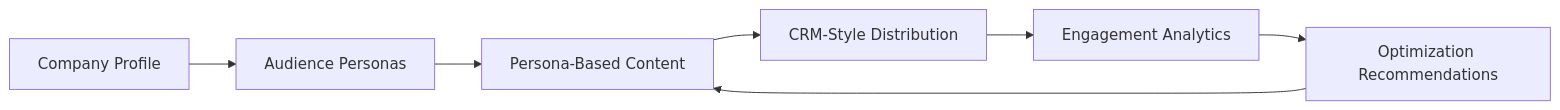
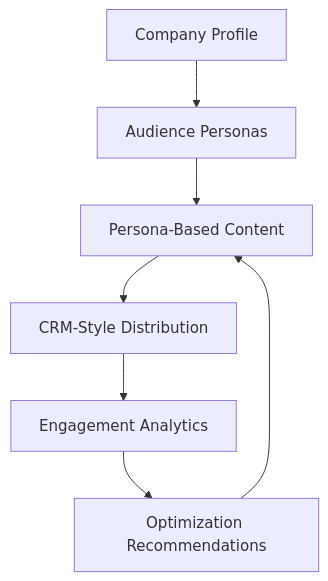
One commit to liwelaine/ai-pmm-workflows changed the diagram in README.md. Above: the diagram before and after it, drawn with Mermaid. The commit also changed other lines of this file, not shown here.

````diff
--- a/README.md
+++ b/README.md
@@ -11,9 +11,9 @@
 ```mermaid
-flowchart LR
+flowchart TD
     A[Company Profile] --> B[Audience Personas]
     B --> C[Persona-Based Content]
     C --> D[CRM-Style Distribution]
     D --> E[Engagement Analytics]
     E --> F[Optimization Recommendations]
     F --> C
 ```
````
